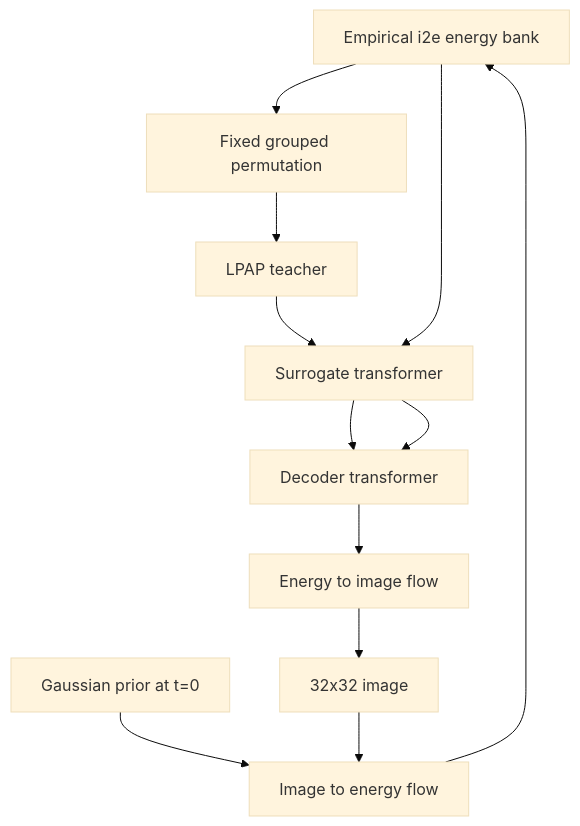
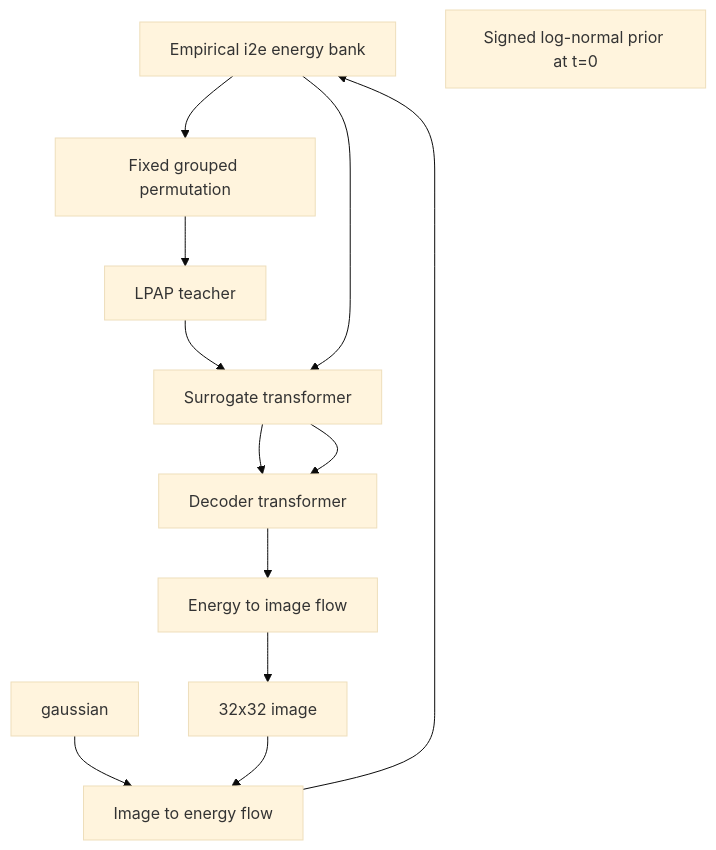
The diagram in doc/lpap.md (matovitch/lpap), drawn with Mermaid (base theme) before and after one commit. The commit also changed other lines of this file and 15 other files, not shown here.

First line of the commit message:
Use a signed log-normal energy prior for image_energy_flow.

````diff
--- a/doc/lpap.md
+++ b/doc/lpap.md
@@ -66,19 +66,19 @@
 ```mermaid
 flowchart TD
     energy_bank[Empirical i2e energy bank]
     permute[Fixed grouped permutation]
     lpap[LPAP teacher]
     surrogate[Surrogate transformer]
     decoder[Decoder transformer]
     image_flow[Image to energy flow]
     reverse_flow[Energy to image flow]
     image[32x32 image]
-    gaussian[Gaussian prior at t=0]
+    prior[Signed log-normal prior at t=0]
 
     energy_bank --> permute --> lpap
     lpap --> surrogate
     surrogate --> decoder
     gaussian --> image_flow
     image --> image_flow --> energy_bank
     energy_bank --> surrogate --> decoder --> reverse_flow --> image
 ```
````
